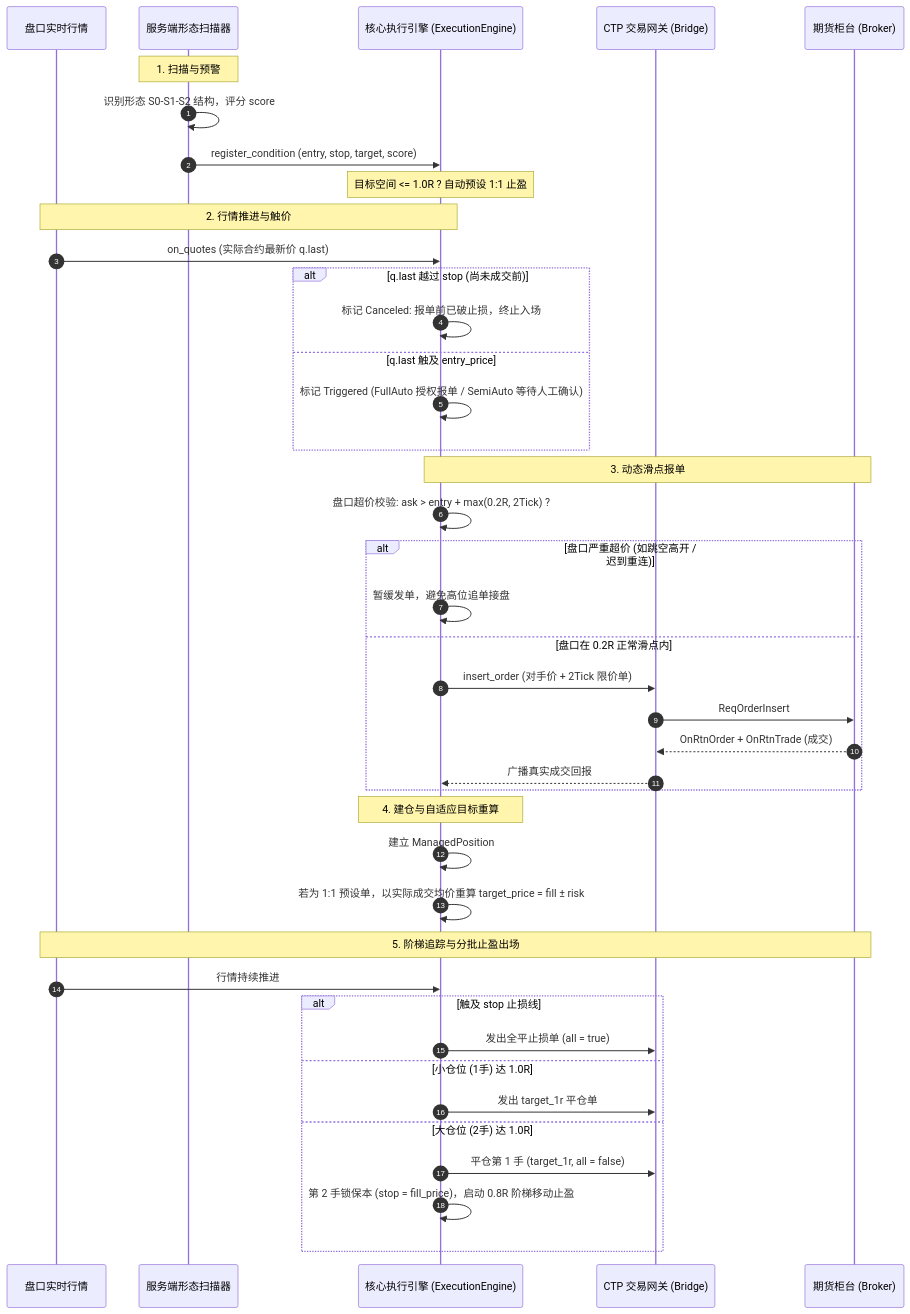
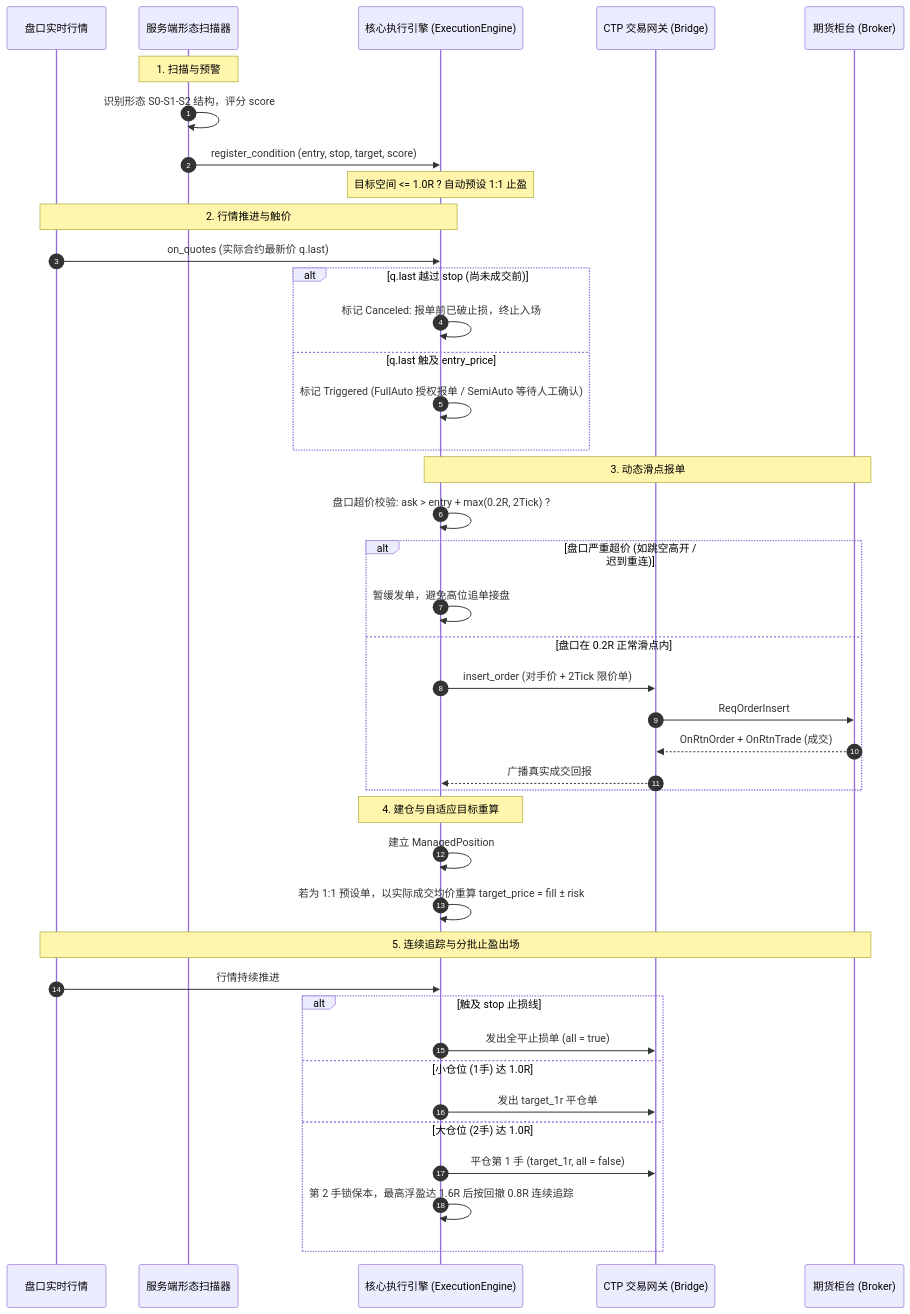
One commit to Xiaobaishushu25/N-Trend changed the second of 3 diagrams in QUANT_TRADING_PROCESS.md. Above: the diagram before and after it, drawn with Mermaid. The commit also changed other lines of this file and 9 other files, not shown here.

````diff
--- a/QUANT_TRADING_PROCESS.md
+++ b/QUANT_TRADING_PROCESS.md
@@ -60,48 +60,48 @@
 ```mermaid
 sequenceDiagram
     autonumber
     participant M as 盘口实时行情
     participant S as 服务端形态扫描器
     participant E as 核心执行引擎 (ExecutionEngine)
     participant C as CTP 交易网关 (Bridge)
     participant B as 期货柜台 (Broker)
 
     Note over S: 1. 扫描与预警
     S->>S: 识别形态 S0-S1-S2 结构，评分 score
     S->>E: register_condition (entry, stop, target, score)
     Note over E: 目标空间 <= 1.0R ? 自动预设 1:1 止盈
 
     Note over M,E: 2. 行情推进与触价
     M->>E: on_quotes (实际合约最新价 q.last)
     alt q.last 越过 stop (尚未成交前)
         E->>E: 标记 Canceled: 报单前已破止损，终止入场
     else q.last 触及 entry_price
         E->>E: 标记 Triggered (FullAuto 授权报单 / SemiAuto 等待人工确认)
     end
 
     Note over E,B: 3. 动态滑点报单
     E->>E: 盘口超价校验: ask > entry + max(0.2R, 2Tick) ?
     alt 盘口严重超价 (如跳空高开 / 迟到重连)
         E->>E: 暂缓发单，避免高位追单接盘
     else 盘口在 0.2R 正常滑点内
         E->>C: insert_order (对手价 + 2Tick 限价单)
         C->>B: ReqOrderInsert
         B-->>C: OnRtnOrder + OnRtnTrade (成交)
         C-->>E: 广播真实成交回报
     end
 
     Note over E: 4. 建仓与自适应目标重算
     E->>E: 建立 ManagedPosition
     E->>E: 若为 1:1 预设单，以实际成交均价重算 target_price = fill ± risk
 
-    Note over M,B: 5. 阶梯追踪与分批止盈出场
+    Note over M,B: 5. 连续追踪与分批止盈出场
     M->>E: 行情持续推进
     alt 触及 stop 止损线
         E->>C: 发出全平止损单 (all = true)
     else 小仓位 (1手) 达 1.0R
         E->>C: 发出 target_1r 平仓单
     else 大仓位 (2手) 达 1.0R
         E->>C: 平仓第 1 手 (target_1r, all = false)
-        E->>E: 第 2 手锁保本 (stop = fill_price)，启动 0.8R 阶梯移动止盈
+        E->>E: 第 2 手锁保本，最高浮盈达 1.6R 后按回撤 0.8R 连续追踪
     end
 ```
````
